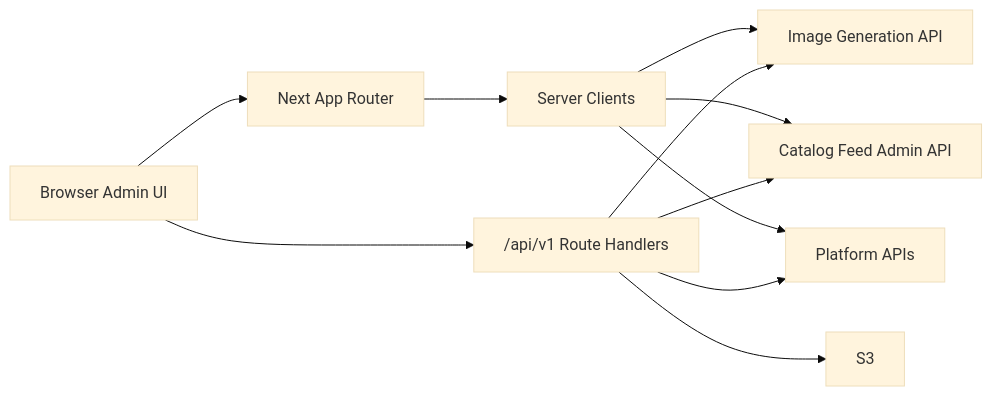
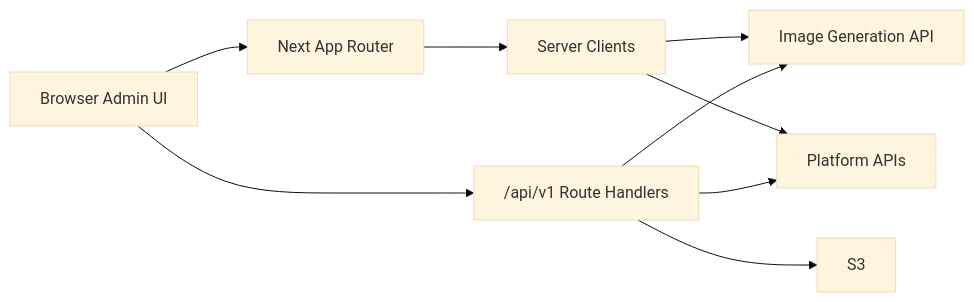
One commit to bond-studio-ai/eval-image-generation changed the first of 3 diagrams in docs/ARCHITECTURE.md. Above: the diagram before and after it, drawn with Mermaid (base theme). The commit also changed other lines of this file and 38 other files, not shown here.

````diff
--- a/docs/ARCHITECTURE.md
+++ b/docs/ARCHITECTURE.md
@@ -7,13 +7,11 @@
 ```mermaid
 flowchart LR
   browser[Browser Admin UI] --> appPages[Next App Router]
   browser --> apiRoutes["/api/v1 Route Handlers"]
   appPages --> serverClients[Server Clients]
   serverClients --> imageGeneration[Image Generation API]
-  serverClients --> catalogFeed[Catalog Feed Admin API]
   serverClients --> platformApis[Platform APIs]
   apiRoutes --> imageGeneration
-  apiRoutes --> catalogFeed
   apiRoutes --> platformApis
   apiRoutes --> s3[S3]
 ```
````
